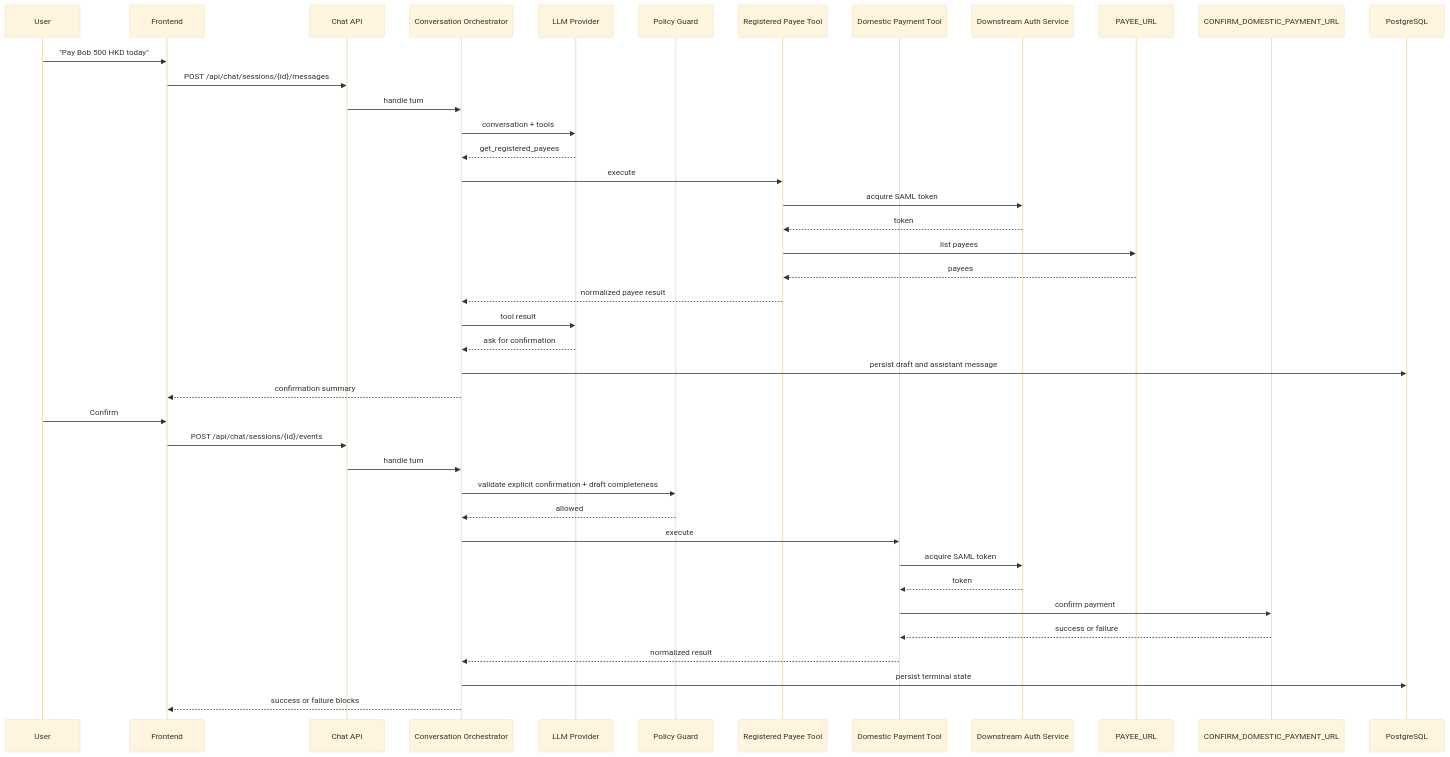
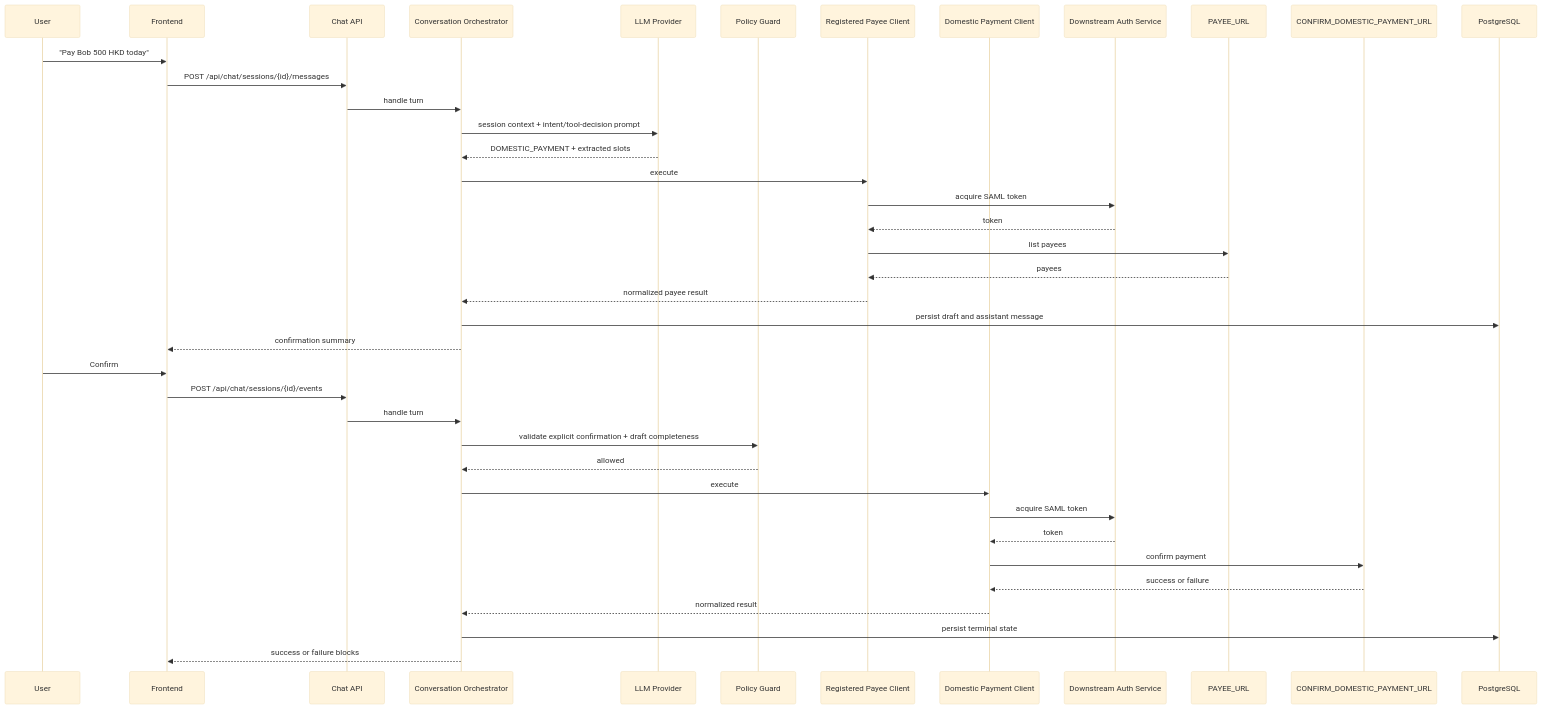
Before and after one commit to VictorZhong/chat2pay: the fourth of 4 diagrams in docs/01-system_design.md, drawn with Mermaid (base theme). The commit also changed other lines of this file and 37 other files, not shown here.

````diff
--- a/docs/01-system_design.md
+++ b/docs/01-system_design.md
@@ -442,45 +454,43 @@
 ```mermaid
 sequenceDiagram
     participant U as User
     participant FE as Frontend
     participant API as Chat API
     participant ORC as Conversation Orchestrator
     participant LLM as LLM Provider
     participant GUARD as Policy Guard
-    participant PAYEE_TOOL as Registered Payee Tool
-    participant PAY_TOOL as Domestic Payment Tool
+    participant PAYEE_TOOL as Registered Payee Client
+    participant PAY_TOOL as Domestic Payment Client
     participant AUTH as Downstream Auth Service
     participant PAYEE as PAYEE_URL
     participant CONFIRM as CONFIRM_DOMESTIC_PAYMENT_URL
     participant DB as PostgreSQL
 
     U->>FE: "Pay Bob 500 HKD today"
     FE->>API: POST /api/chat/sessions/{id}/messages
     API->>ORC: handle turn
-    ORC->>LLM: conversation + tools
-    LLM-->>ORC: get_registered_payees
+    ORC->>LLM: session context + intent/tool-decision prompt
+    LLM-->>ORC: DOMESTIC_PAYMENT + extracted slots
     ORC->>PAYEE_TOOL: execute
     PAYEE_TOOL->>AUTH: acquire SAML token
     AUTH-->>PAYEE_TOOL: token
     PAYEE_TOOL->>PAYEE: list payees
     PAYEE-->>PAYEE_TOOL: payees
     PAYEE_TOOL-->>ORC: normalized payee result
-    ORC->>LLM: tool result
-    LLM-->>ORC: ask for confirmation
     ORC->>DB: persist draft and assistant message
     ORC-->>FE: confirmation summary
 
     U->>FE: Confirm
     FE->>API: POST /api/chat/sessions/{id}/events
     API->>ORC: handle turn
     ORC->>GUARD: validate explicit confirmation + draft completeness
     GUARD-->>ORC: allowed
     ORC->>PAY_TOOL: execute
     PAY_TOOL->>AUTH: acquire SAML token
     AUTH-->>PAY_TOOL: token
     PAY_TOOL->>CONFIRM: confirm payment
     CONFIRM-->>PAY_TOOL: success or failure
     PAY_TOOL-->>ORC: normalized result
     ORC->>DB: persist terminal state
     ORC-->>FE: success or failure blocks
 ```
````
